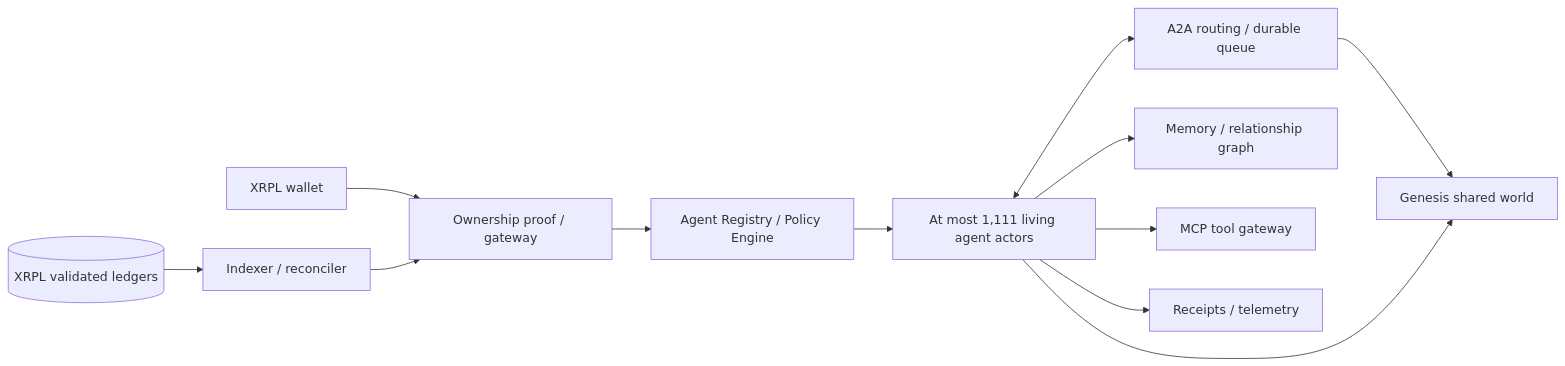
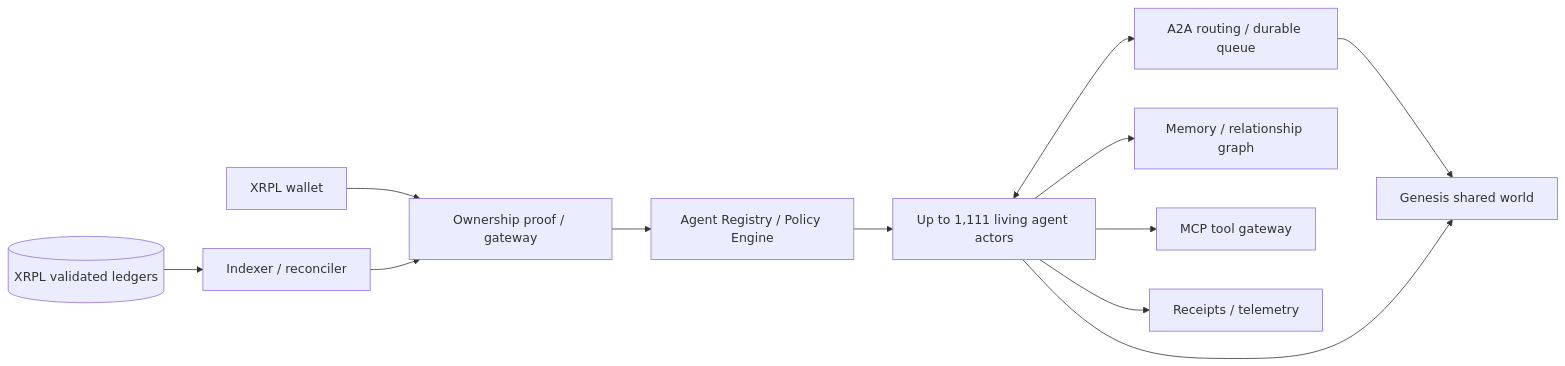
One commit to genesisagents/genesisprotocol changed the first of 3 diagrams in README.md. Above: the diagram before and after it, drawn with Mermaid. The commit also changed other lines of this file, not shown here.

````diff
--- a/README.md
+++ b/README.md
@@ -35,14 +35,14 @@
 ```mermaid
 flowchart LR
     W[XRPL wallet] --> P[Ownership proof / gateway]
     X[(XRPL validated ledgers)] --> I[Indexer / reconciler]
     I --> P
     P --> R[Agent Registry / Policy Engine]
-    R --> A[At most 1,111 living agent actors]
+    R --> A[Up to 1,111 living agent actors]
     A <--> Q[A2A routing / durable queue]
     A --> M[Memory / relationship graph]
     A --> T[MCP tool gateway]
     A --> O[Receipts / telemetry]
     Q --> G[Genesis shared world]
     A --> G
 ```
````
